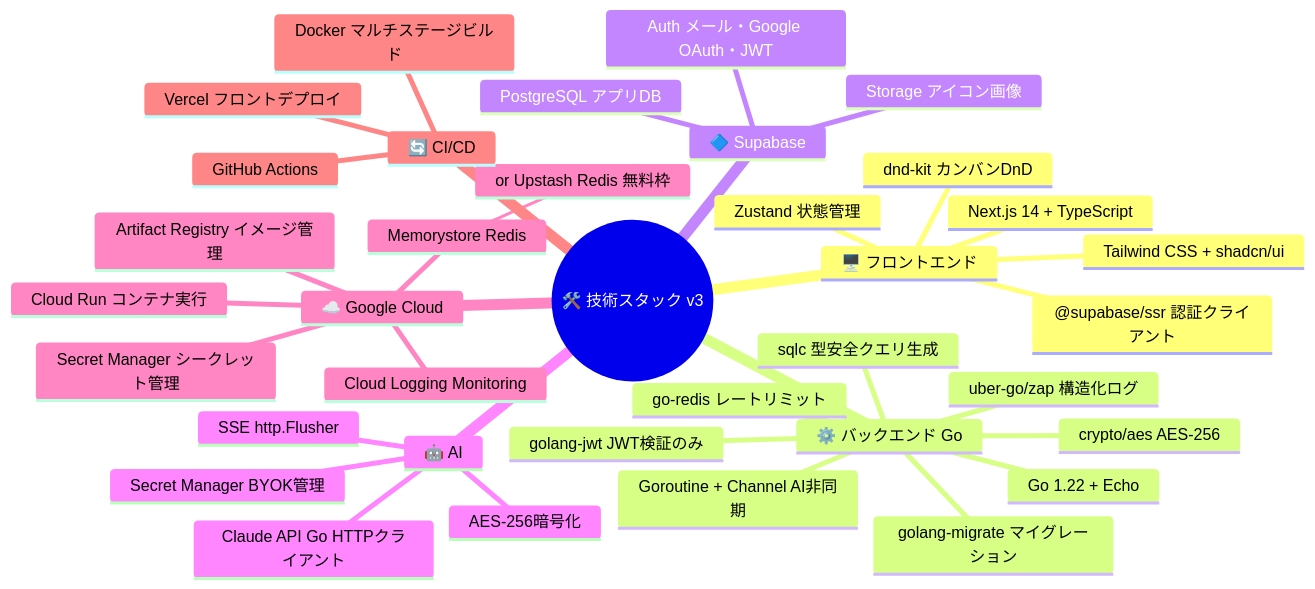
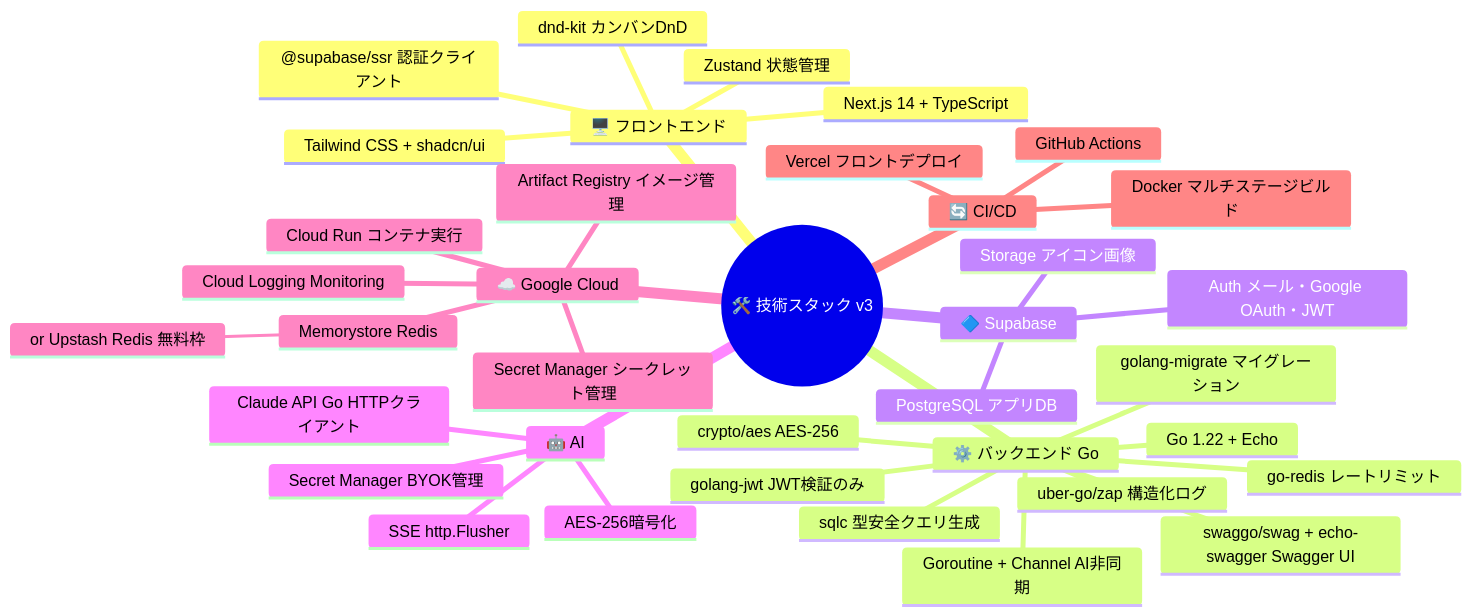
One commit to oto1720/mermaid changed diagram 12 of 12 in tech-stack-v3.md. Above: the diagram before and after it, drawn with Mermaid. The commit also changed other lines of this file, not shown here.

````diff
--- a/tech-stack-v3.md
+++ b/tech-stack-v3.md
@@ -490,39 +538,40 @@
 ```mermaid
 mindmap
   root((🛠️ 技術スタック v3))
     🖥️ フロントエンド
       Next.js 14 + TypeScript
       Tailwind CSS + shadcn/ui
       Zustand 状態管理
       dnd-kit カンバンDnD
       @supabase/ssr 認証クライアント
     ⚙️ バックエンド Go
       Go 1.22 + Echo
+      swaggo/swag + echo-swagger Swagger UI
       golang-jwt JWT検証のみ
       crypto/aes AES-256
       sqlc 型安全クエリ生成
       golang-migrate マイグレーション
       go-redis レートリミット
       uber-go/zap 構造化ログ
       Goroutine + Channel AI非同期
     🔷 Supabase
       Auth メール・Google OAuth・JWT
       PostgreSQL アプリDB
       Storage アイコン画像
     🤖 AI
       Claude API Go HTTPクライアント
       SSE http.Flusher
       Secret Manager BYOK管理
       AES-256暗号化
     ☁️ Google Cloud
       Cloud Run コンテナ実行
       Artifact Registry イメージ管理
       Secret Manager シークレット管理
       Memorystore Redis
         or Upstash Redis 無料枠
       Cloud Logging Monitoring
     🔄 CI/CD
       GitHub Actions
       Docker マルチステージビルド
       Vercel フロントデプロイ
 ```
````
